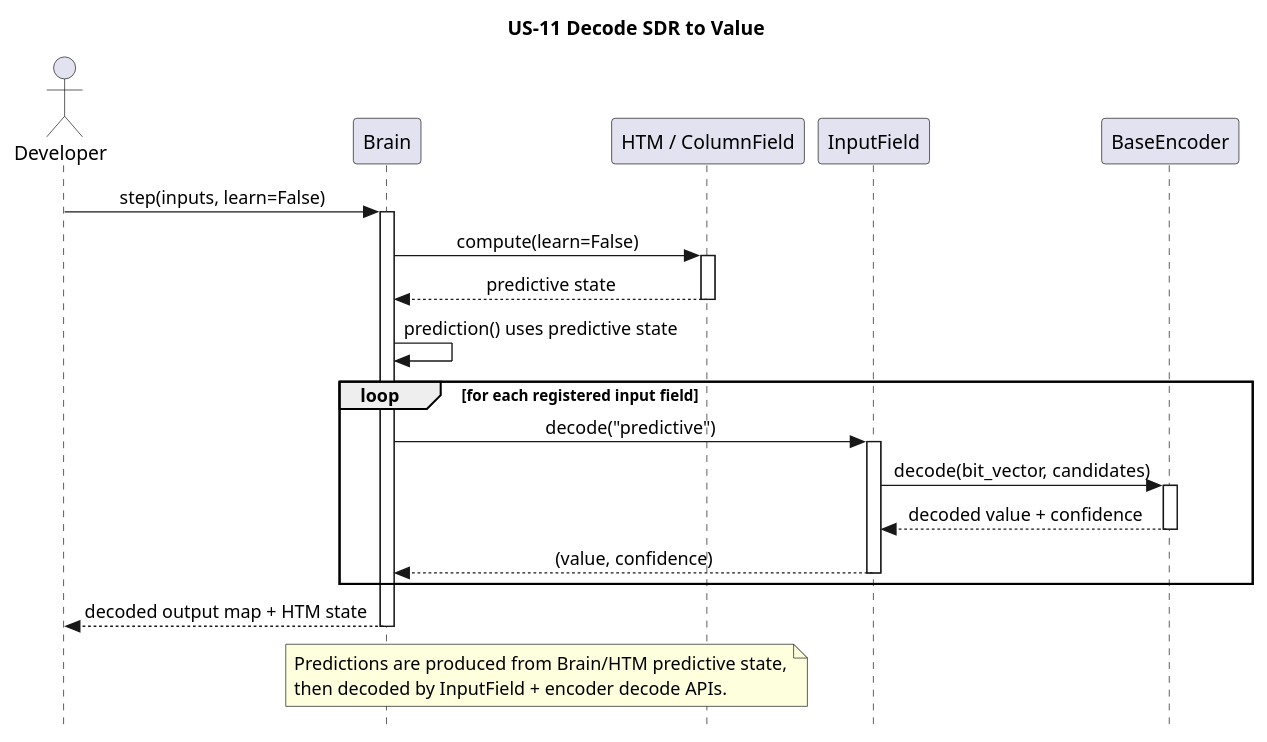
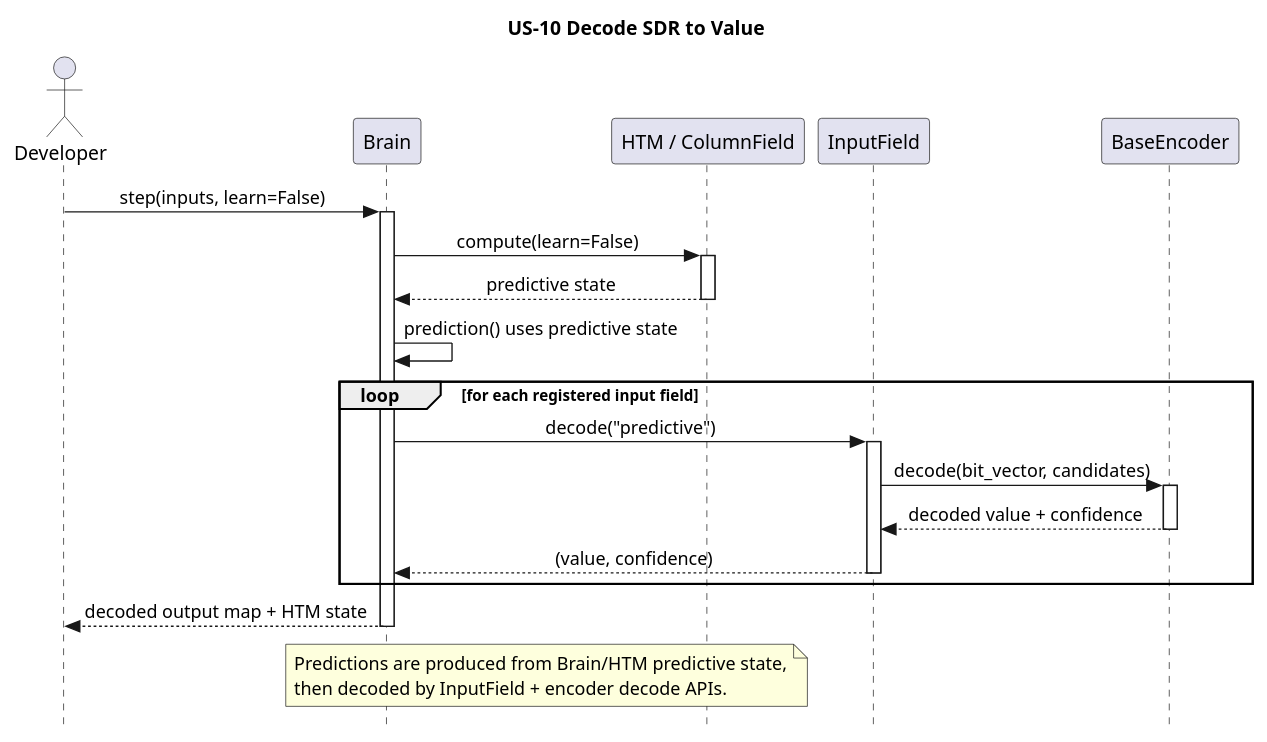
One commit to egrembocki/htmrl changed the diagram in docs/puml/US/us-11.puml. Above: the diagram before and after it, drawn with PlantUML. The commit also changed 8 other files, not shown here.

```diff
--- a/docs/puml/US/us-11.puml
+++ b/docs/puml/US/us-11.puml
@@ -1,39 +1,39 @@
 @startuml
 skinparam style strictuml
 skinparam sequenceMessageAlign center
 skinparam responseMessageBelowArrow true
 
-title US-11 Decode SDR to Value
+title US-10 Decode SDR to Value
 actor Developer as Dev
 participant "Brain" as BR
 participant "HTM / ColumnField" as HTM
 participant "InputField" as IF
 participant "BaseEncoder" as ENC
 
 Dev -> BR: step(inputs, learn=False)
 activate BR
 BR -> HTM: compute(learn=False)
 activate HTM
 HTM --> BR: predictive state
 deactivate HTM
 
 BR -> BR: prediction() uses predictive state
 loop for each registered input field
   BR -> IF: decode("predictive")
   activate IF
   IF -> ENC: decode(bit_vector, candidates)
   activate ENC
   ENC --> IF: decoded value + confidence
   deactivate ENC
   IF --> BR: (value, confidence)
   deactivate IF
 end
 
 BR --> Dev: decoded output map + HTM state
 deactivate BR
 
 note over BR,HTM
 Predictions are produced from Brain/HTM predictive state,
 then decoded by InputField + encoder decode APIs.
 end note
 @enduml
```
